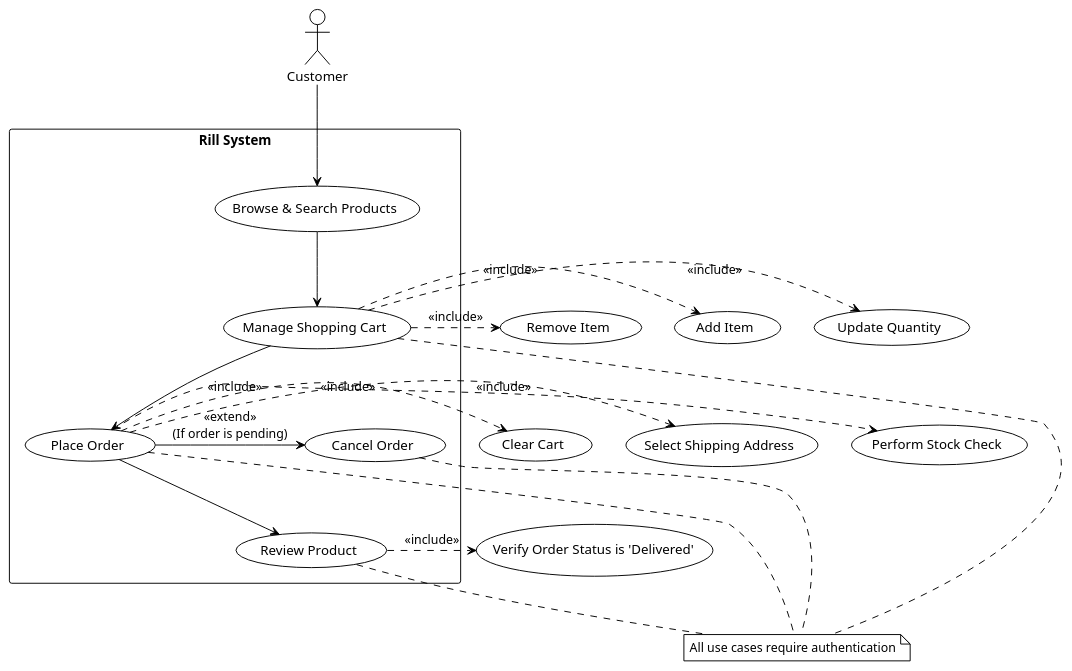
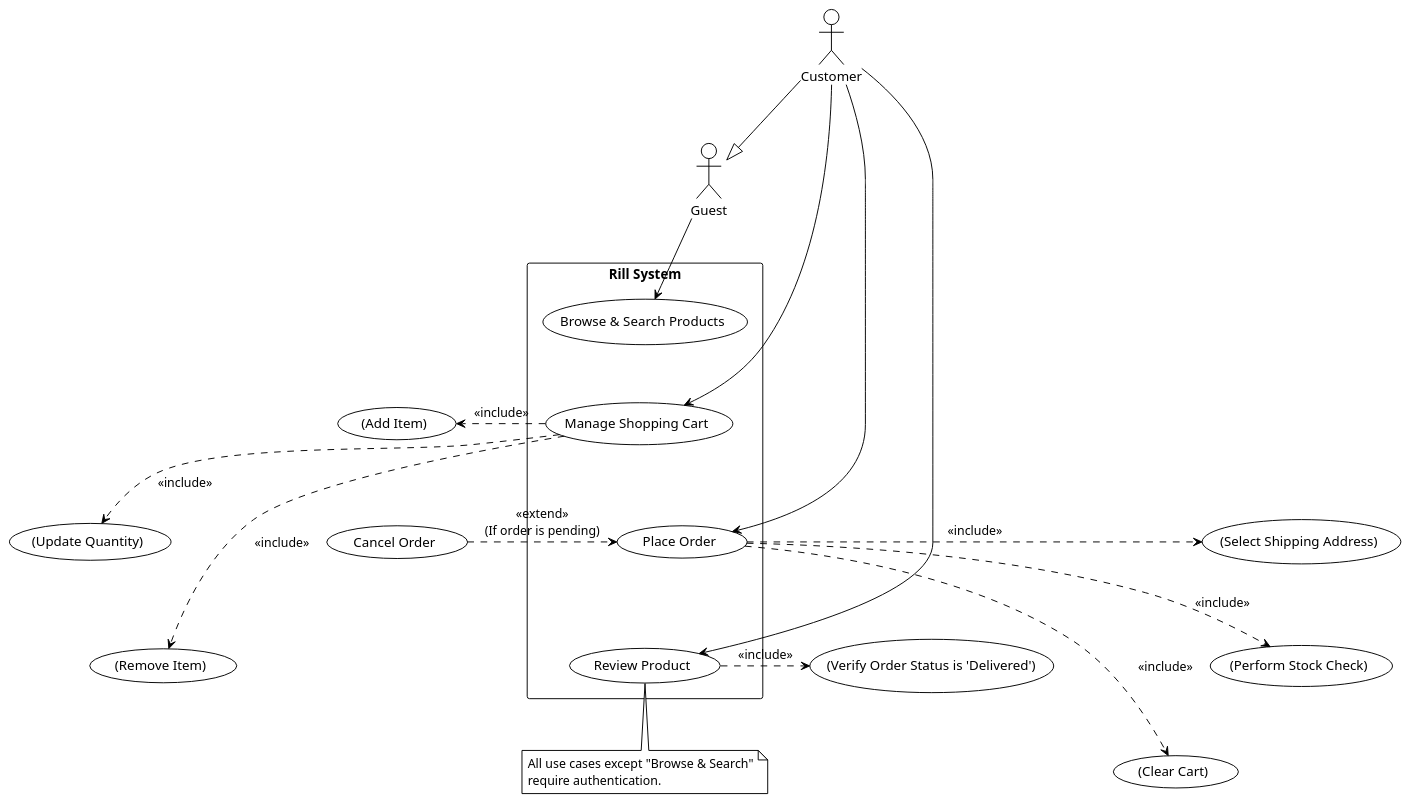
The diagram in use-case/detailed/uc-2-customer-flow.puml (mttk2004/rill-system), drawn with PlantUML before and after one commit. The commit also changed 9 other files, not shown here.

Commit message:
refactor: refine all diagrams

```diff
--- a/use-case/detailed/uc-2-customer-flow.puml
+++ b/use-case/detailed/uc-2-customer-flow.puml
@@ -1,42 +1,71 @@
-@startuml "UC-2: Customer Shopping Flow"
-' Layout improvement for a clear, top-to-bottom flow
-
+@startuml "UC-2: Customer Shopping Flow - Final with Guest"
 !theme plain
 
+' --- ACTORS ---
+' Bổ sung actor Guest và mối quan hệ kế thừa
 actor Customer
+actor Guest
+Customer --|> Guest
 
+' --- 1. ĐỊNH NGHĨA TẤT CẢ CÁC PHẦN TỬ ---
 rectangle "Rill System" {
-  usecase "Browse & Search Products" as UC4
-  usecase "Manage Shopping Cart" as UC7
-  usecase "Place Order" as UC8
-  usecase "Cancel Order" as UC11
-  usecase "Review Product" as UC12
+  usecase "Browse & Search Products" as UC_Browse
+  usecase "Manage Shopping Cart" as UC_Cart
+  usecase "Place Order" as UC_Order
+  usecase "Review Product" as UC_Review
 }
+usecase "(Add Item)" as AddItem
+usecase "(Update Quantity)" as UpdateQty
+usecase "(Remove Item)" as RemoveItem
+usecase "(Select Shipping Address)" as SelectAddr
+usecase "(Perform Stock Check)" as StockCheck
+usecase "(Clear Cart)" as ClearCart
+usecase "(Verify Order Status is 'Delivered')" as VerifyStatus
+usecase "Cancel Order" as UC_Cancel
 
-' Arrange use cases in a logical top-to-bottom flow
-Customer --> UC4
-UC4 -down-> UC7
-UC7 -down-> UC8
-UC8 -left-> UC11 : <<extend>>\n(If order is pending)
-UC8 -down-> UC12
+' --- 2. SẮP XẾP BỐ CỤC BẰNG LIÊN KẾT ẨN ---
+' Vẫn giữ cách sắp xếp dọc để gợi ý về luồng chảy
+UC_Browse -[hidden]down- UC_Cart
+UC_Cart -[hidden]down- UC_Order
+UC_Order -[hidden]down- UC_Review
 
-' Breakdown of Manage Shopping Cart
-UC7 .> (Add Item) : <<include>>
-UC7 .> (Update Quantity) : <<include>>
-UC7 .> (Remove Item) : <<include>>
+' Sắp xếp các use case phụ
+UC_Cancel -[hidden]right- UC_Order
+UC_Order -[hidden]right- SelectAddr
+SelectAddr -[hidden]down- StockCheck
+StockCheck -[hidden]down- ClearCart
+UC_Cart -[hidden]right- AddItem
+AddItem -[hidden]down- UpdateQty
+UpdateQty -[hidden]down- RemoveItem
+UC_Review -[hidden]right- VerifyStatus
 
-' Breakdown of Place Order
-UC8 .> (Select Shipping Address) : <<include>>
-UC8 .> (Perform Stock Check) : <<include>>
-UC8 .> (Clear Cart) : <<include>>
+' --- 3. VẼ CÁC MỐI QUAN HỆ HỢP LỆ ---
 
-' A customer can only review a product after the order is delivered
-(UC12) .> (Verify Order Status is 'Delivered') : <<include>>
+' **THAY ĐỔI CHÍNH Ở ĐÂY**
+' Guest chỉ có thể Browse & Search
+Guest --> UC_Browse
 
-note "All use cases require authentication" as N1
-UC7 .. N1
-UC8 .. N1
-UC11 .. N1
-UC12 .. N1
+' Customer có thể làm mọi thứ (kế thừa quyền của Guest)
+Customer --> UC_Cart
+Customer --> UC_Order
+Customer --> UC_Review
+
+' Quan hệ <<include>>
+UC_Cart .right.> AddItem       : <<include>>
+UC_Cart .right.> UpdateQty     : <<include>>
+UC_Cart .right.> RemoveItem    : <<include>>
+UC_Order .right.> SelectAddr   : <<include>>
+UC_Order .right.> StockCheck   : <<include>>
+UC_Order .right.> ClearCart    : <<include>>
+UC_Review .right.> VerifyStatus : <<include>>
+
+' Quan hệ <<extend>>
+UC_Cancel .right.> UC_Order : <<extend>>\n(If order is pending)
+
+' --- 4. GHI CHÚ ---
+note bottom of UC_Review
+  All use cases except "Browse & Search"
+  require authentication.
+end note
 
 @enduml
```
